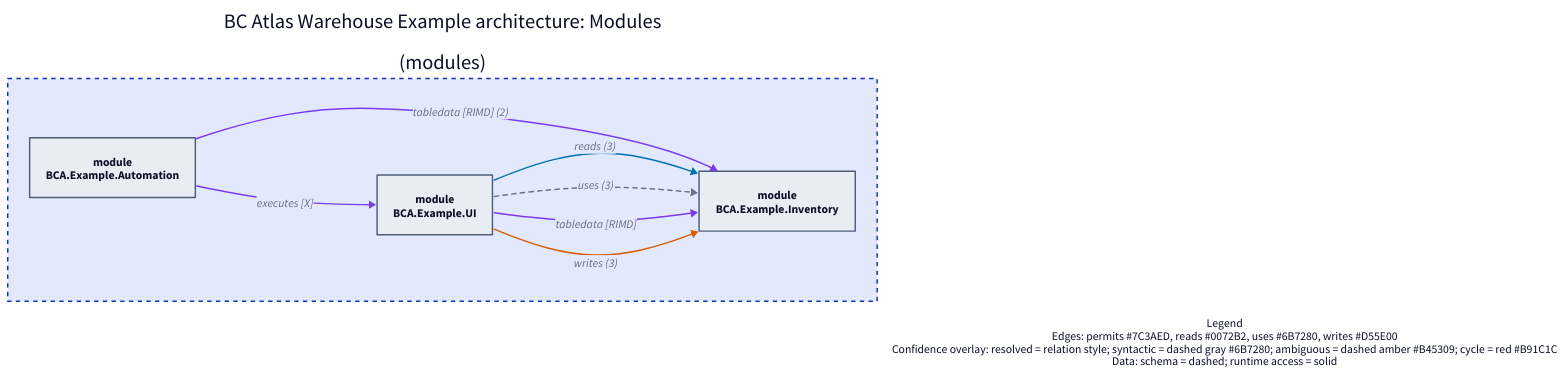
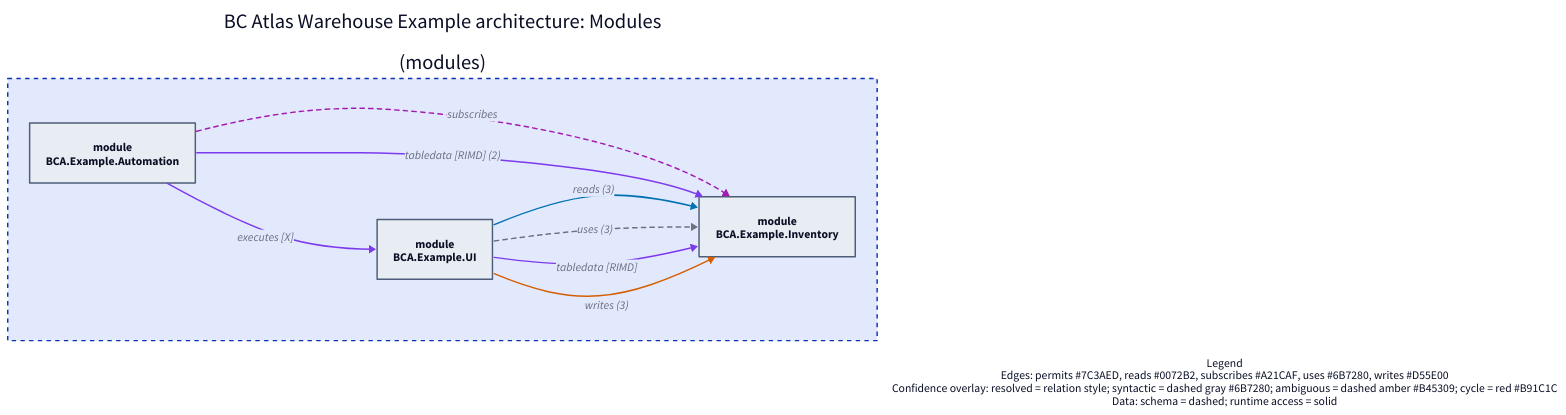
Before and after one commit to SchulzOli/BC-Atlas: the diagram in examples/report/module.d2, drawn with D2. The commit also changed 12 other files, not shown here.

First line of the commit message:
docs: refresh generated architecture examples

```diff
--- a/examples/report/module.d2
+++ b/examples/report/module.d2
@@ -1,37 +1,38 @@
 direction: right
 title: "BC Atlas Warehouse Example architecture: Modules" {
   shape: text
   near: top-center
   style.font-size: 28
 }
 
 g0: "(modules)" {
   style.stroke-dash: 3
   n0: "module\nBCA.Example.Automation" {
     shape: rectangle
     style.fill: "#E8ECF3"
     style.stroke: "#4E5D78"
   }
   n1: "module\nBCA.Example.Inventory" {
     shape: rectangle
     style.fill: "#E8ECF3"
     style.stroke: "#4E5D78"
   }
   n2: "module\nBCA.Example.UI" {
     shape: rectangle
     style.fill: "#E8ECF3"
     style.stroke: "#4E5D78"
   }
 }
 
+g0.n0 -> g0.n1: "subscribes" {style.stroke: "#A21CAF"; style.stroke-dash: 3; tooltip: "Source procedures: NotifyRequestProcessed"}
 g0.n0 -> g0.n1: "tabledata [RIMD] (2)" {style.stroke: "#7C3AED"; tooltip: "Table data rights: read, insert, modify, delete"}
 g0.n0 -> g0.n2: "executes [X]" {style.stroke: "#7C3AED"; tooltip: "Permission: execute"}
 g0.n2 -> g0.n1: "reads (3)" {style.stroke: "#0072B2"; tooltip: "Operations: Get\nSource procedures: WarehouseRequests_CreateRequest_PersistsDescription(), WarehouseRequests_ProcessRequest_MarksRequestProcessed()"}
 g0.n2 -> g0.n1: "uses (3)" {style.stroke: "#6B7280"; style.stroke-dash: 3}
 g0.n2 -> g0.n1: "tabledata [RIMD]" {style.stroke: "#7C3AED"; tooltip: "Table data rights: read, insert, modify, delete"}
 g0.n2 -> g0.n1: "writes (3)" {style.stroke: "#D55E00"; tooltip: "Operations: DeleteAll, Insert\nSource procedures: WarehouseRequests_CreateRequest_PersistsDescription(), WarehouseRequests_ProcessRequest_MarksRequestProcessed()\nRelation: runtime\nTransaction segments: 1"}
 
-legend: "Legend\nEdges: permits #7C3AED, reads #0072B2, uses #6B7280, writes #D55E00\nConfidence overlay: resolved = relation style; syntactic = dashed gray #6B7280; ambiguous = dashed amber #B45309; cycle = red #B91C1C\nData: schema = dashed; runtime access = solid" {
+legend: "Legend\nEdges: permits #7C3AED, reads #0072B2, subscribes #A21CAF, uses #6B7280, writes #D55E00\nConfidence overlay: resolved = relation style; syntactic = dashed gray #6B7280; ambiguous = dashed amber #B45309; cycle = red #B91C1C\nData: schema = dashed; runtime access = solid" {
   shape: text
   near: bottom-right
 }
```
